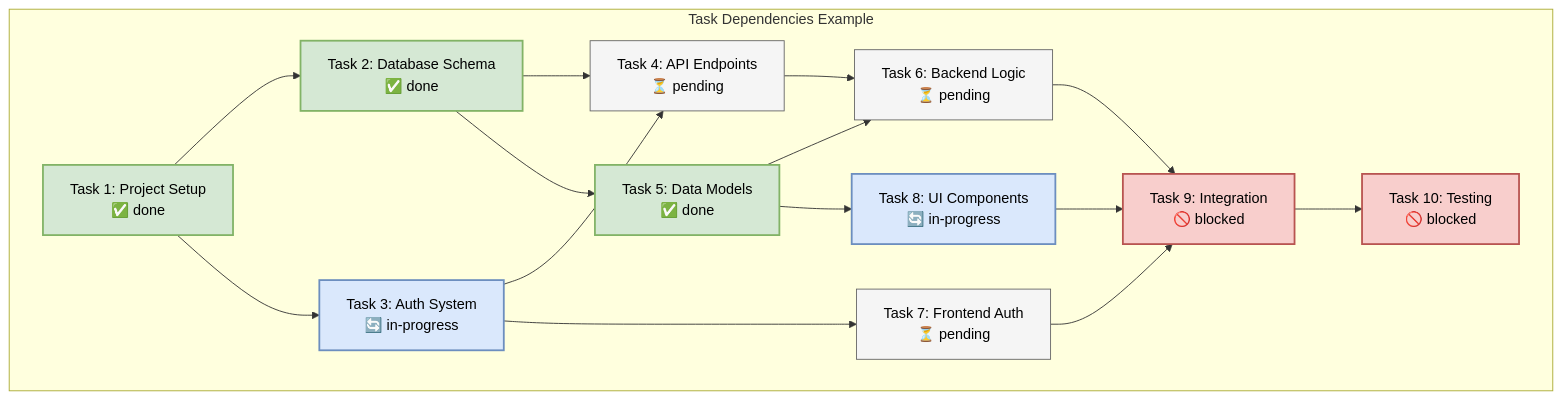
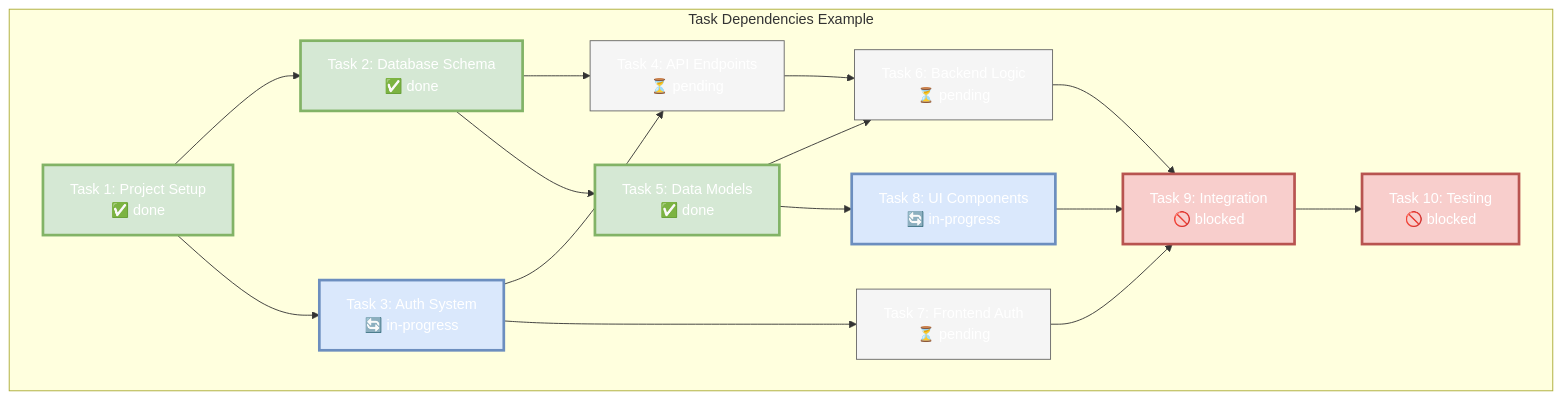
The third of 4 diagrams in docs/workflow-guide.md (colours93/cursor_workflow), drawn with Mermaid before and after one commit. The commit also changed other lines of this file, not shown here.

Commit message:
Update diagram with dark theme and vibrant colors

````diff
--- a/docs/workflow-guide.md
+++ b/docs/workflow-guide.md
@@ -374,28 +378,28 @@
 ```mermaid
 graph TD
     subgraph "Task Dependencies Example"
         A["Task 1: Project Setup<br>✅ done"] --> B["Task 2: Database Schema<br>✅ done"]
         A --> C["Task 3: Auth System<br>🔄 in-progress"]
         B --> D["Task 4: API Endpoints<br>⏳ pending"]
         C --> D
         B --> E["Task 5: Data Models<br>✅ done"]
         E --> F["Task 6: Backend Logic<br>⏳ pending"]
         D --> F
         C --> G["Task 7: Frontend Auth<br>⏳ pending"]
         E --> H["Task 8: UI Components<br>🔄 in-progress"]
         F --> I["Task 9: Integration<br>🚫 blocked"]
         G --> I
         H --> I
         I --> J["Task 10: Testing<br>🚫 blocked"]
         
-        classDef done fill:#d5e8d4,stroke:#82b366,stroke-width:2px,color:black;
-        classDef progress fill:#dae8fc,stroke:#6c8ebf,stroke-width:2px,color:black;
-        classDef pending fill:#f5f5f5,stroke:#666666,stroke-width:1px,color:black;
-        classDef blocked fill:#f8cecc,stroke:#b85450,stroke-width:2px,color:black;
+        classDef done fill:#d5e8d4,stroke:#82b366,stroke-width:3px,color:white;
+        classDef progress fill:#dae8fc,stroke:#6c8ebf,stroke-width:3px,color:white;
+        classDef pending fill:#f5f5f5,stroke:#666666,stroke-width:1px,color:#FFFFFF;
+        classDef blocked fill:#f8cecc,stroke:#b85450,stroke-width:3px,color:white;
         
         class A,B,E done;
         class C,H progress;
         class D,F,G pending;
         class I,J blocked;
     end
 ```
````
